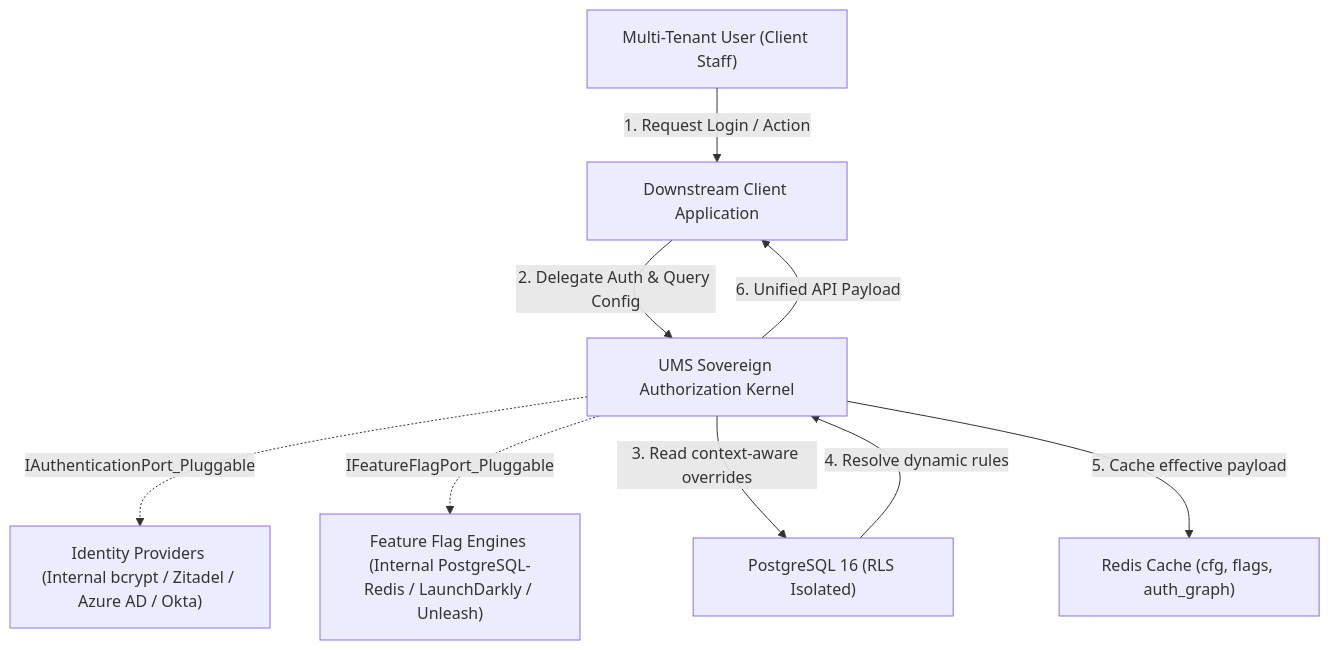
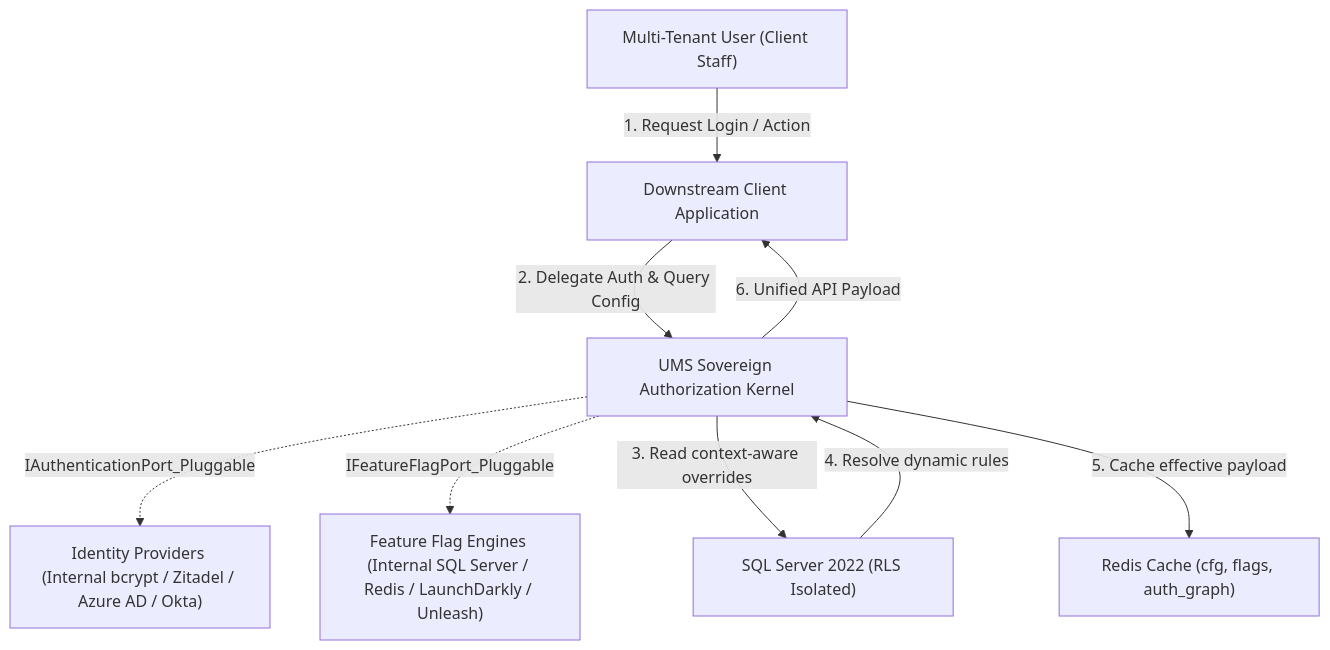
The diagram in docs/governance/product/business-context.md (beyondnetcode/ums), drawn with Mermaid before and after one commit. The commit also changed other lines of this file and 168 other files, not shown here.

````diff
--- a/docs/governance/product/business-context.md
+++ b/docs/governance/product/business-context.md
@@ -15,17 +15,17 @@
 ```mermaid
 graph TD
     User["Multi-Tenant User (Client Staff)"] -->|1. Request Login / Action| App["Downstream Client Application"]
     
     %% AUTHENTICATION CORNER (Optional & Pluggable)
     App -->|2. Delegate Auth & Query Config| UMS["UMS Sovereign Authorization Kernel"]
     UMS -.->|IAuthenticationPort_Pluggable| IdP_Providers["Identity Providers (Internal bcrypt / Zitadel / Azure AD / Okta)"]
-    UMS -.->|IFeatureFlagPort_Pluggable| FF_Providers["Feature Flag Engines (Internal PostgreSQL-Redis / LaunchDarkly / Unleash)"]
+    UMS -.->|IFeatureFlagPort_Pluggable| FF_Providers["Feature Flag Engines (Internal SQL Server / Redis / LaunchDarkly / Unleash)"]
     
     %% RESOLUTION & PERSISTENCE CORNER
-    UMS -->|3. Read context-aware overrides| DB["PostgreSQL 16 (RLS Isolated)"]
+    UMS -->|3. Read context-aware overrides| DB["SQL Server 2022 (RLS Isolated)"]
     DB -->|4. Resolve dynamic rules| UMS
     
     %% RESPONSE CORNER
     UMS -->|5. Cache effective payload| Cache["Redis Cache (cfg, flags, auth_graph)"]
     UMS -->|6. Unified API Payload| App
 ```
````
